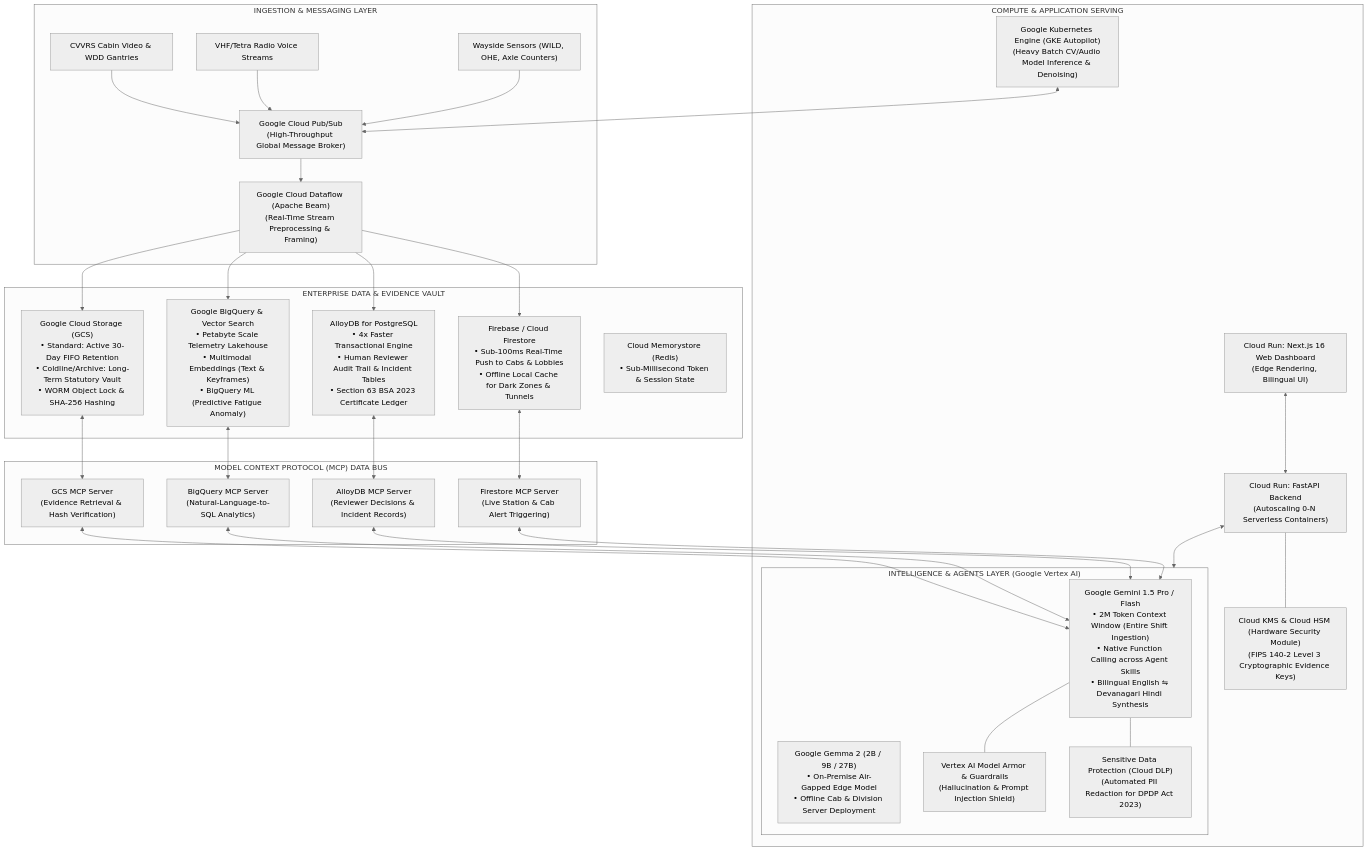
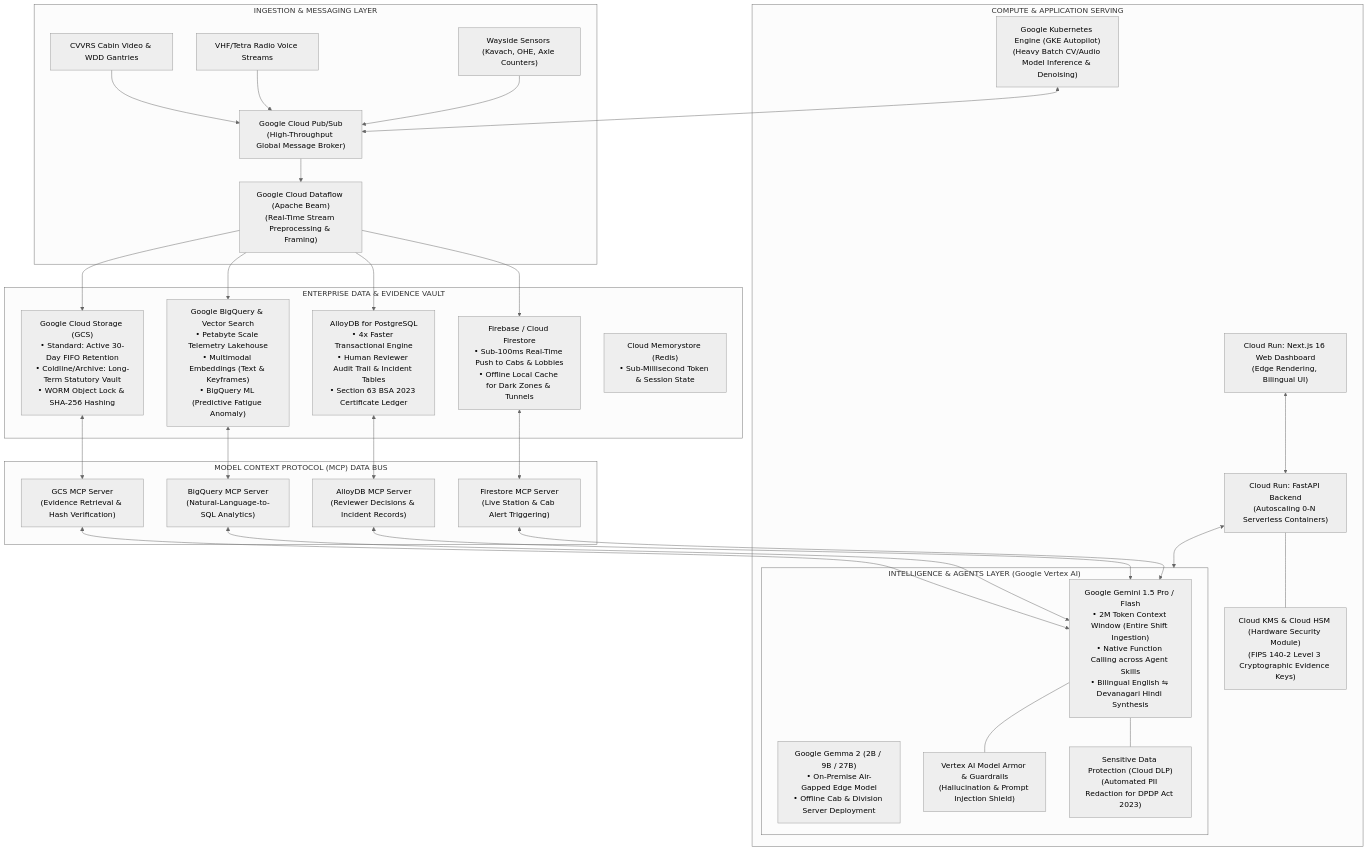
The diagram in docs/GOOGLE_CLOUD_ENTERPRISE_ARCHITECTURE.md (satyanarayana8055/RailKavach-Copilot), drawn with Mermaid (neutral theme) before and after one commit. The commit also changed other lines of this file and 35 other files, not shown here.

````diff
--- a/docs/GOOGLE_CLOUD_ENTERPRISE_ARCHITECTURE.md
+++ b/docs/GOOGLE_CLOUD_ENTERPRISE_ARCHITECTURE.md
@@ -16,66 +16,66 @@
 ```mermaid
 flowchart TD
     subgraph INGESTION ["INGESTION & MESSAGING LAYER"]
         CAM["CVVRS Cabin Video & WDD Gantries"]
         VHF["VHF/Tetra Radio Voice Streams"]
-        IOT["Wayside Sensors (WILD, OHE, Axle Counters)"]
+        IOT["Wayside Sensors (Kavach, OHE, Axle Counters)"]
         PUBSUB["Google Cloud Pub/Sub<br/>(High-Throughput Global Message Broker)"]
         DATAFLOW["Google Cloud Dataflow (Apache Beam)<br/>(Real-Time Stream Preprocessing & Framing)"]
         
         CAM --> PUBSUB
         VHF --> PUBSUB
         IOT --> PUBSUB
         PUBSUB --> DATAFLOW
     end
 
     subgraph STORAGE_VAULT ["ENTERPRISE DATA & EVIDENCE VAULT"]
         GCS["Google Cloud Storage (GCS)<br/>• Standard: Active 30-Day FIFO Retention<br/>• Coldline/Archive: Long-Term Statutory Vault<br/>• WORM Object Lock & SHA-256 Hashing"]
         BQ["Google BigQuery & Vector Search<br/>• Petabyte Scale Telemetry Lakehouse<br/>• Multimodal Embeddings (Text & Keyframes)<br/>• BigQuery ML (Predictive Fatigue Anomaly)"]
         ALLOY["AlloyDB for PostgreSQL<br/>• 4x Faster Transactional Engine<br/>• Human Reviewer Audit Trail & Incident Tables<br/>• Section 63 BSA 2023 Certificate Ledger"]
         FIREBASE["Firebase / Cloud Firestore<br/>• Sub-100ms Real-Time Push to Cabs & Lobbies<br/>• Offline Local Cache for Dark Zones & Tunnels"]
         REDIS["Cloud Memorystore (Redis)<br/>• Sub-Millisecond Token & Session State"]
         
         DATAFLOW --> GCS
         DATAFLOW --> BQ
         DATAFLOW --> ALLOY
         DATAFLOW --> FIREBASE
     end
 
     subgraph MCP_LAYER ["MODEL CONTEXT PROTOCOL (MCP) DATA BUS"]
         MCP_GCS["GCS MCP Server<br/>(Evidence Retrieval & Hash Verification)"]
         MCP_BQ["BigQuery MCP Server<br/>(Natural-Language-to-SQL Analytics)"]
         MCP_ALLOY["AlloyDB MCP Server<br/>(Reviewer Decisions & Incident Records)"]
         MCP_FS["Firestore MCP Server<br/>(Live Station & Cab Alert Triggering)"]
     end
 
     GCS <--> MCP_GCS
     BQ <--> MCP_BQ
     ALLOY <--> MCP_ALLOY
     FIREBASE <--> MCP_FS
 
     subgraph REASONING ["INTELLIGENCE & AGENTS LAYER (Google Vertex AI)"]
         GEMINI["Google Gemini 1.5 Pro / Flash<br/>• 2M Token Context Window (Entire Shift Ingestion)<br/>• Native Function Calling across Agent Skills<br/>• Bilingual English ⇋ Devanagari Hindi Synthesis"]
         GEMMA["Google Gemma 2 (2B / 9B / 27B)<br/>• On-Premise Air-Gapped Edge Model<br/>• Offline Cab & Division Server Deployment"]
         ARMOR["Vertex AI Model Armor & Guardrails<br/>(Hallucination & Prompt Injection Shield)"]
         DLP["Sensitive Data Protection (Cloud DLP)<br/>(Automated PII Redaction for DPDP Act 2023)"]
         
         MCP_GCS <--> GEMINI
         MCP_BQ <--> GEMINI
         MCP_ALLOY <--> GEMINI
         MCP_FS <--> GEMINI
         GEMINI --- ARMOR
         GEMINI --- DLP
     end
 
     subgraph COMPUTATION ["COMPUTE & APPLICATION SERVING"]
         CR_BACKEND["Cloud Run: FastAPI Backend<br/>(Autoscaling 0-N Serverless Containers)"]
         CR_FRONTEND["Cloud Run: Next.js 16 Web Dashboard<br/>(Edge Rendering, Bilingual UI)"]
         GKE["Google Kubernetes Engine (GKE Autopilot)<br/>(Heavy Batch CV/Audio Model Inference & Denoising)"]
         KMS["Cloud KMS & Cloud HSM (Hardware Security Module)<br/>(FIPS 140-2 Level 3 Cryptographic Evidence Keys)"]
         
         CR_BACKEND <--> REASONING
         CR_FRONTEND <--> CR_BACKEND
         GKE <--> PUBSUB
         CR_BACKEND --- KMS
     end
 ```
````
